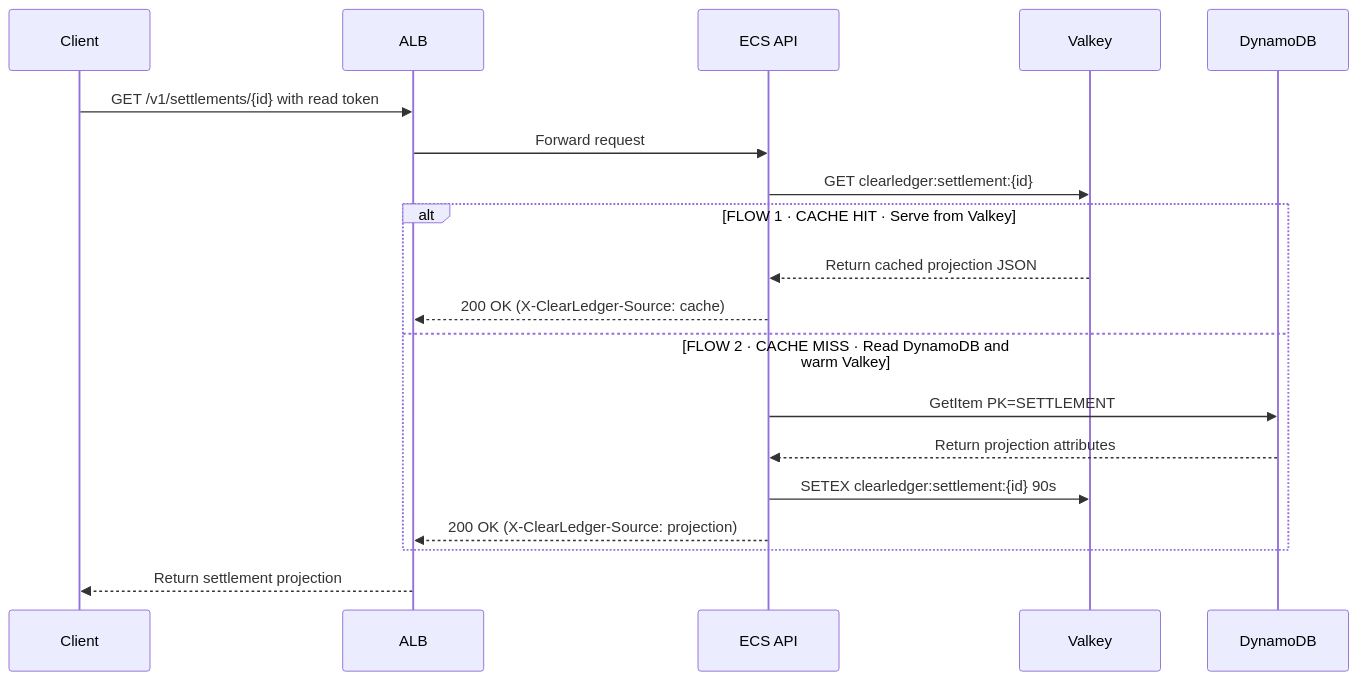
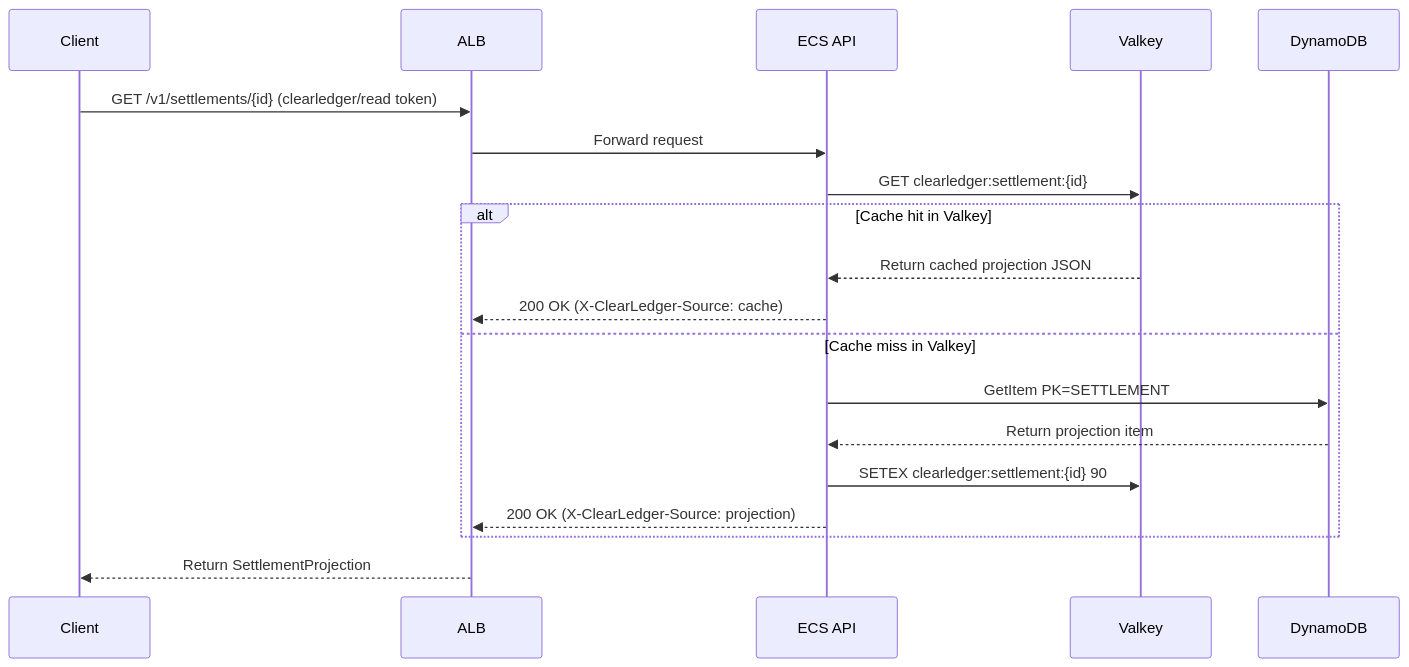
One commit to git-azeez/aw-az-01 changed the fourth of 8 diagrams in reasoning.md. Above: the diagram before and after it, drawn with Mermaid. The commit also changed other lines of this file and 1 other file, not shown here.

````diff
--- a/reasoning.md
+++ b/reasoning.md
@@ -147,24 +146,24 @@
 ```mermaid
 sequenceDiagram
     participant Client
     participant ALB
     participant API as ECS API
     participant Valkey
     participant DDB as DynamoDB
 
-    Client->>ALB: GET /v1/settlements/{id} with read token
+    Client->>ALB: GET /v1/settlements/{id} (clearledger/read token)
     ALB->>API: Forward request
     API->>Valkey: GET clearledger:settlement:{id}
 
-    alt FLOW 1 · CACHE HIT · Serve from Valkey
+    alt Cache hit in Valkey
         Valkey-->>API: Return cached projection JSON
         API-->>ALB: 200 OK (X-ClearLedger-Source: cache)
-    else FLOW 2 · CACHE MISS · Read DynamoDB and warm Valkey
+    else Cache miss in Valkey
         API->>DDB: GetItem PK=SETTLEMENT#{id}, SK=STATE
-        DDB-->>API: Return projection attributes
-        API->>Valkey: SETEX clearledger:settlement:{id} 90s
+        DDB-->>API: Return projection item
+        API->>Valkey: SETEX clearledger:settlement:{id} 90
         API-->>ALB: 200 OK (X-ClearLedger-Source: projection)
     end
 
-    ALB-->>Client: Return settlement projection
+    ALB-->>Client: Return SettlementProjection
 ```
````
